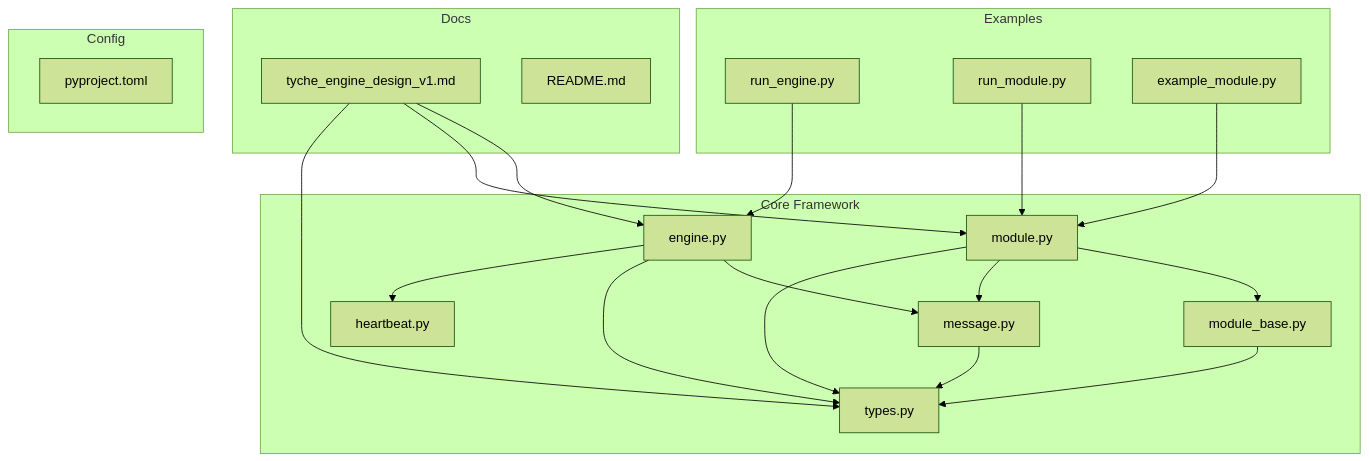
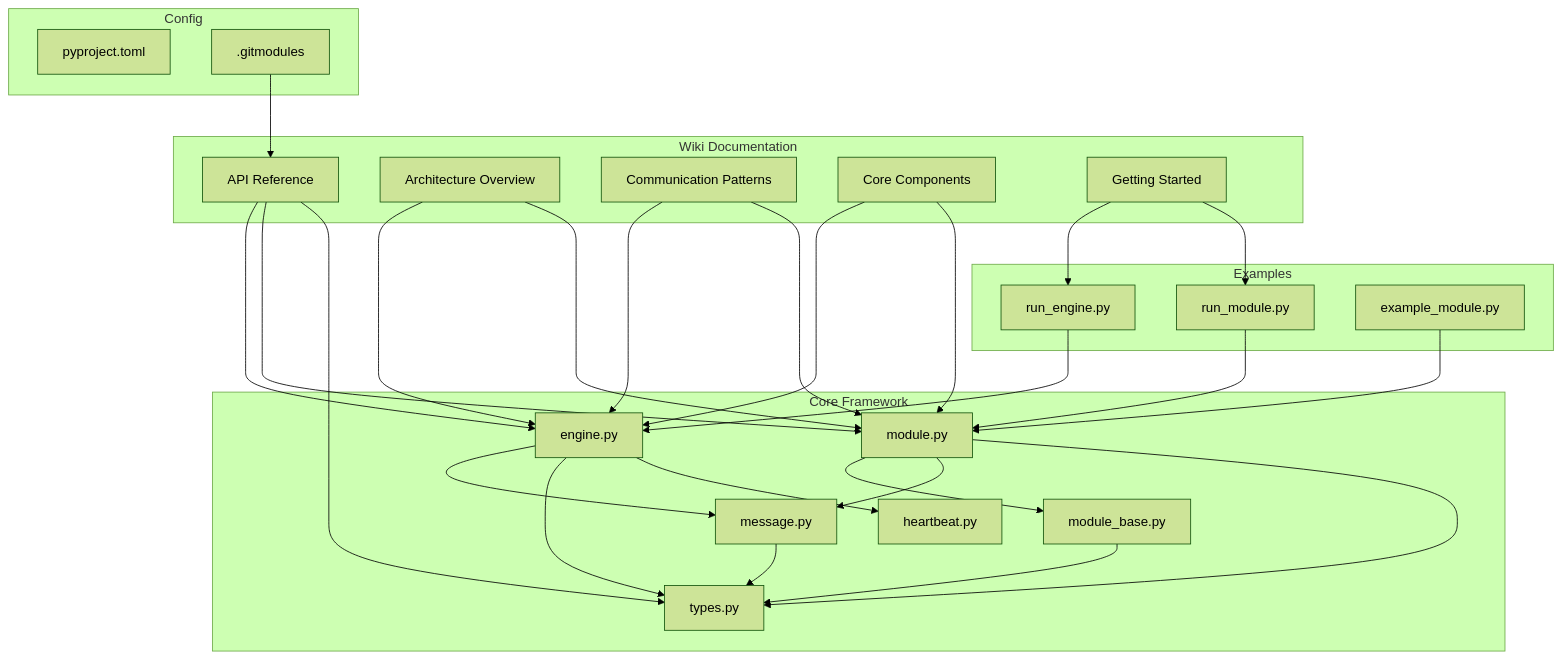
The first of 8 diagrams in .qoder/repowiki/en/content/Project Overview.md (zt281/TycheEngine), drawn with Mermaid (forest theme) before and after one commit. The commit also changed other lines of this file and 4 other files, not shown here.

````diff
--- a/.qoder/repowiki/en/content/Project Overview.md
+++ b/.qoder/repowiki/en/content/Project Overview.md
@@ -48,37 +114,50 @@
 ```mermaid
 graph TB
 subgraph "Core Framework"
 A["engine.py"]
 B["module.py"]
 C["module_base.py"]
 D["message.py"]
 E["types.py"]
 F["heartbeat.py"]
 end
 subgraph "Examples"
 G["run_engine.py"]
 H["run_module.py"]
 I["example_module.py"]
 end
-subgraph "Docs"
-J["tyche_engine_design_v1.md"]
-K["README.md"]
+subgraph "Wiki Documentation"
+J["API Reference"]
+K["Architecture Overview"]
+L["Communication Patterns"]
+M["Core Components"]
+N["Getting Started"]
 end
 subgraph "Config"
-L["pyproject.toml"]
+O["pyproject.toml"]
+P[".gitmodules"]
 end
 A --> D
 A --> E
 A --> F
 B --> C
 B --> D
 B --> E
 C --> E
 D --> E
 I --> B
 G --> A
 H --> B
 J --> A
 J --> B
 J --> E
+K --> A
+K --> B
+L --> A
+L --> B
+M --> A
+M --> B
+N --> G
+N --> H
+P --> J
 ```
````
